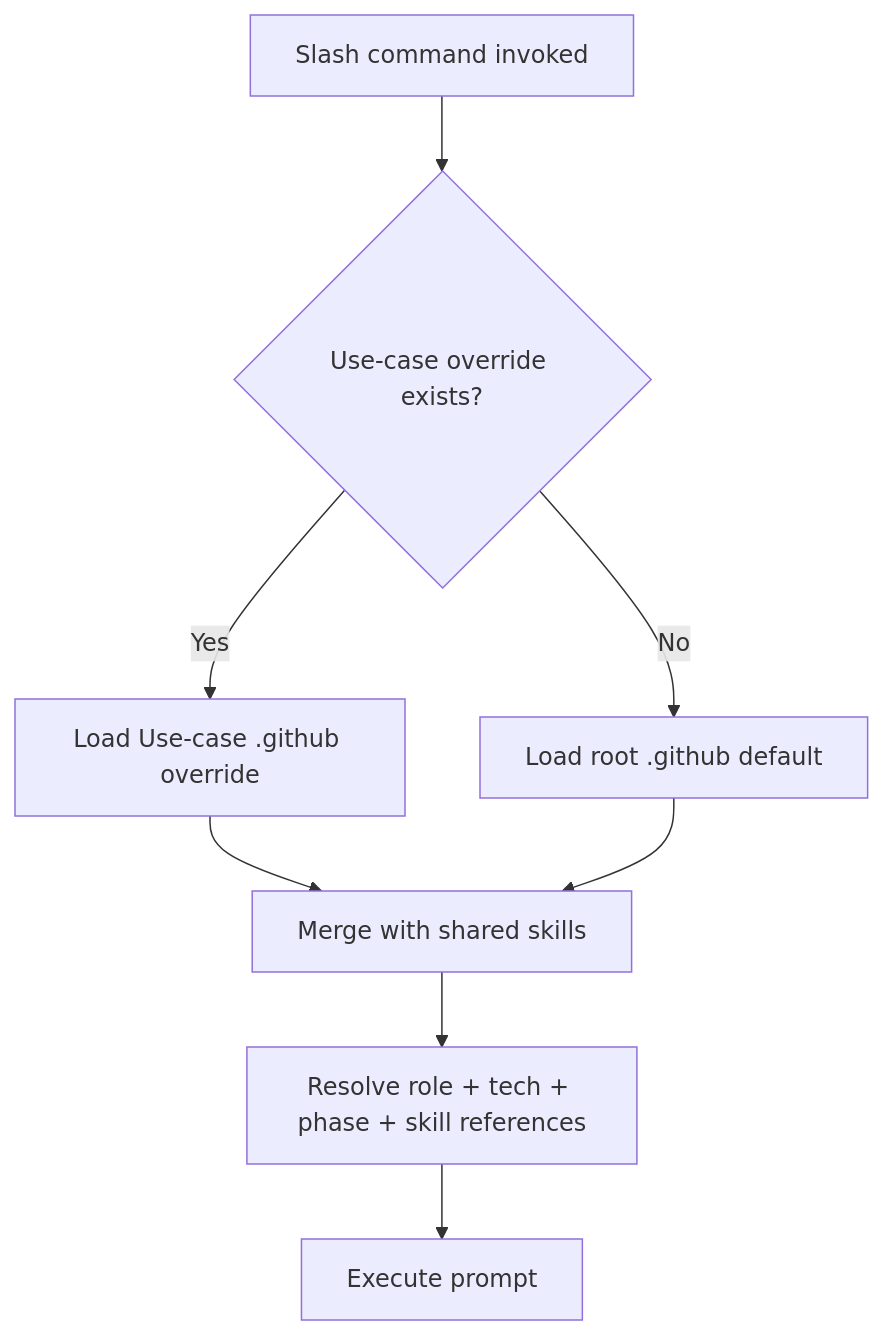
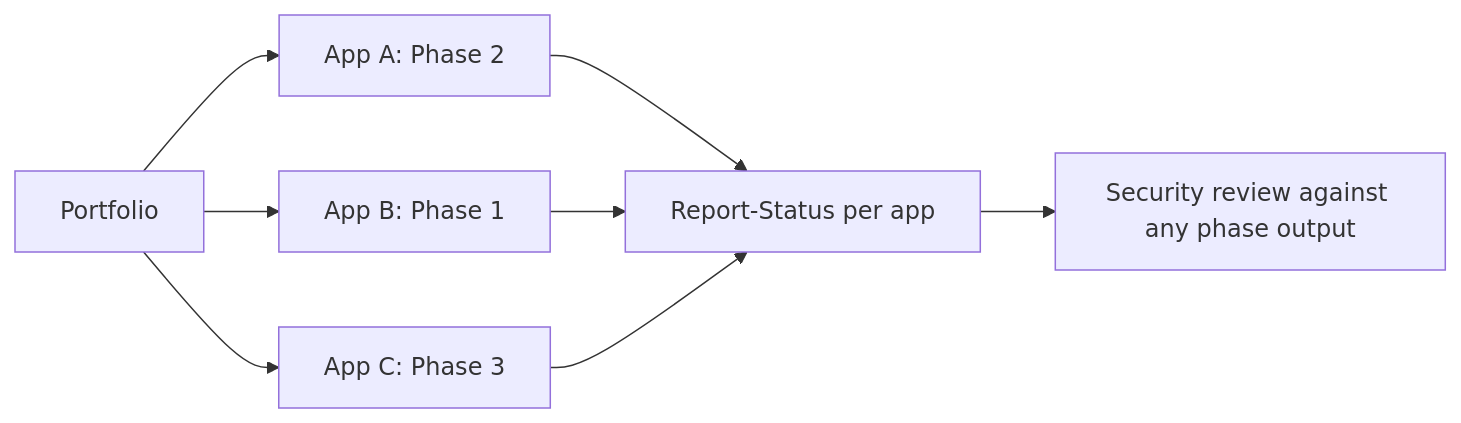
One commit to RobertoBorges/GHCP-PromptMigration changed the fourth of 7 diagrams in docs/architecture/ARCHITECTURE.md. Above: the diagram before and after it, drawn with Mermaid. The commit also changed other lines of this file and 371 other files, not shown here.

````diff
--- a/docs/architecture/ARCHITECTURE.md
+++ b/docs/architecture/ARCHITECTURE.md
@@ -673,10 +397,10 @@
 ```mermaid
-graph TD
-    A[Slash command invoked] --> B{Use-case override exists?}
-    B -->|Yes| C[Load Use-case .github override]
-    B -->|No| D[Load root .github default]
-    C --> E[Merge with shared skills]
+graph LR
+    A[Portfolio] --> B[App A: Phase 2]
+    A --> C[App B: Phase 1]
+    A --> D[App C: Phase 3]
+    B --> E[Report-Status per app]
+    C --> E
     D --> E
-    E --> F[Resolve role + tech + phase + skill references]
-    F --> G[Execute prompt]
+    E --> F[Security review against any phase output]
 ```
````
